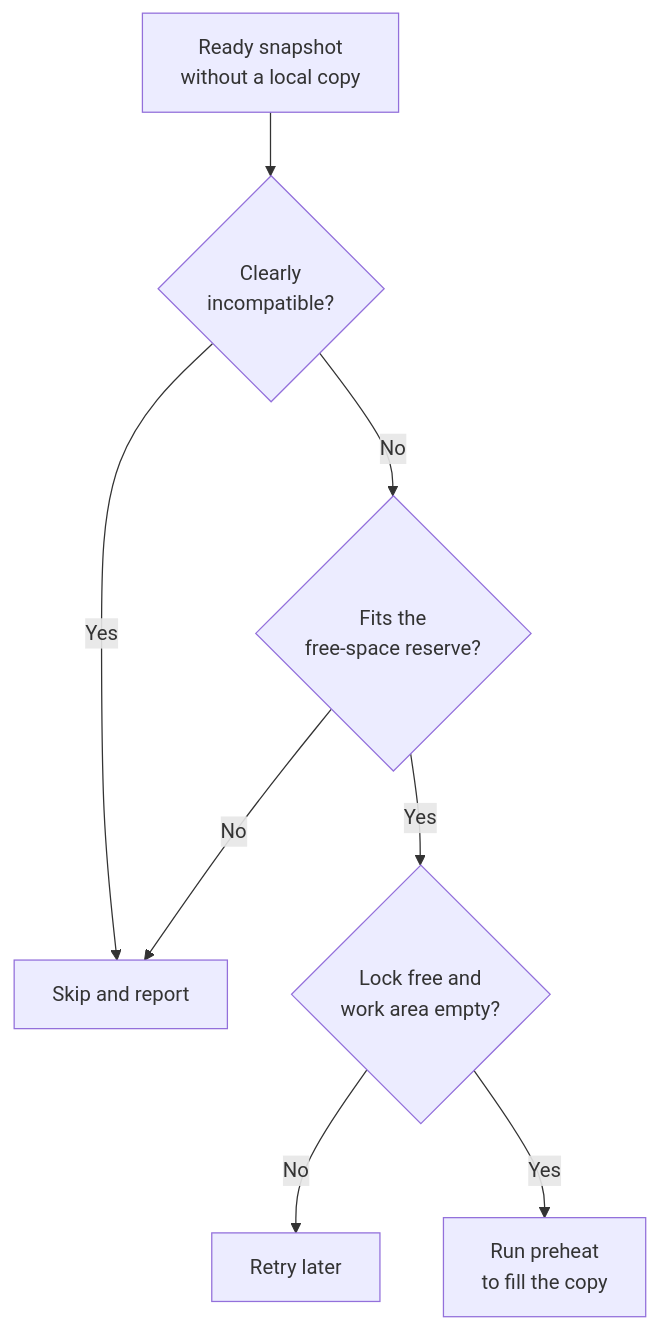
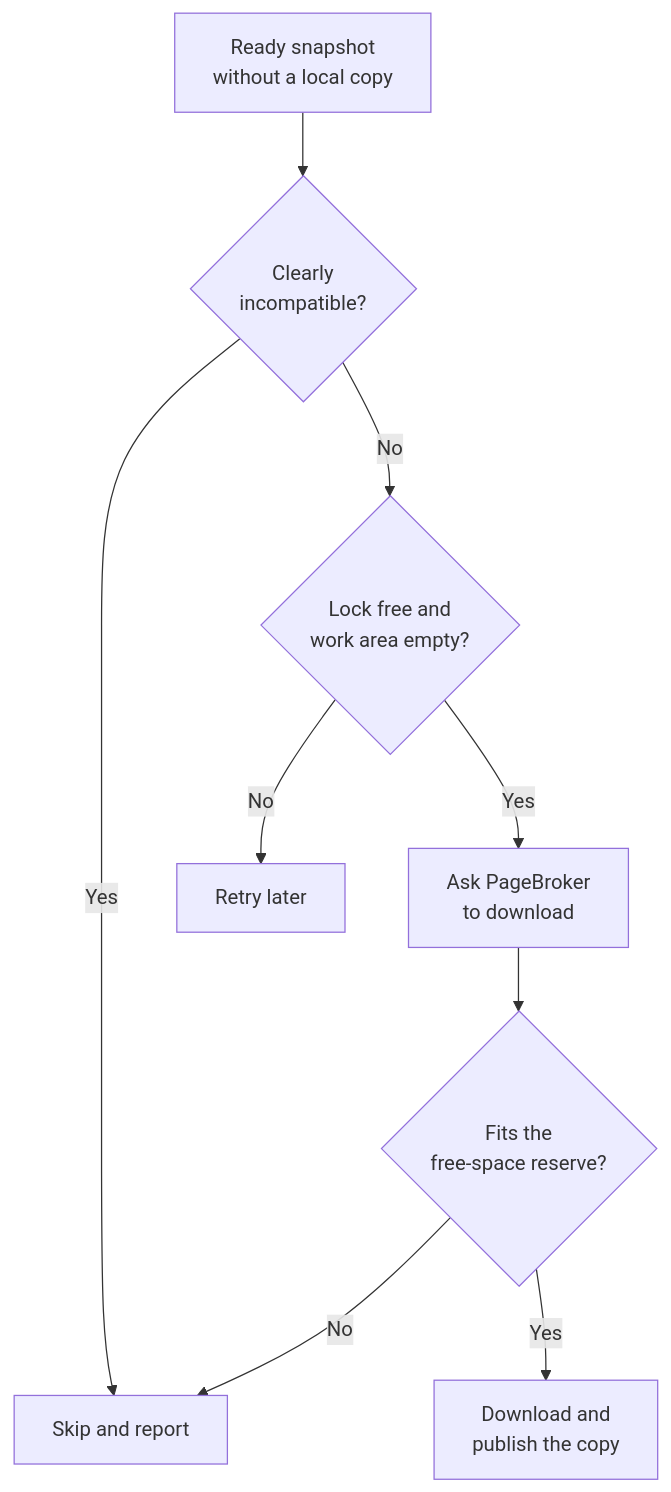
The fifth of 5 diagrams in docs/design/644-node-cache/README.md (ai-dynamo/snapshot), drawn with Mermaid before and after one commit. The commit also changed other lines of this file and 2 other files, not shown here.

````diff
--- a/docs/design/644-node-cache/README.md
+++ b/docs/design/644-node-cache/README.md
@@ -389,10 +391,11 @@
 ```mermaid
 flowchart TD
     A["Ready snapshot<br/>without a local copy"] --> B{"Clearly<br/>incompatible?"}
     B -->|"Yes"| S["Skip and report"]
-    B -->|"No"| C{"Fits the<br/>free-space reserve?"}
+    B -->|"No"| D{"Lock free and<br/>work area empty?"}
+    D -->|"No"| W["Retry later"]
+    D -->|"Yes"| E["Ask PageBroker<br/>to download"]
+    E --> C{"Fits the<br/>free-space reserve?"}
     C -->|"No"| S
-    C -->|"Yes"| D{"Lock free and<br/>work area empty?"}
-    D -->|"No"| W["Retry later"]
-    D -->|"Yes"| E["Run preheat<br/>to fill the copy"]
+    C -->|"Yes"| F["Download and<br/>publish the copy"]
 ```
````
